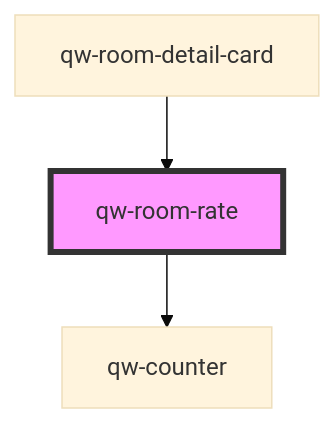
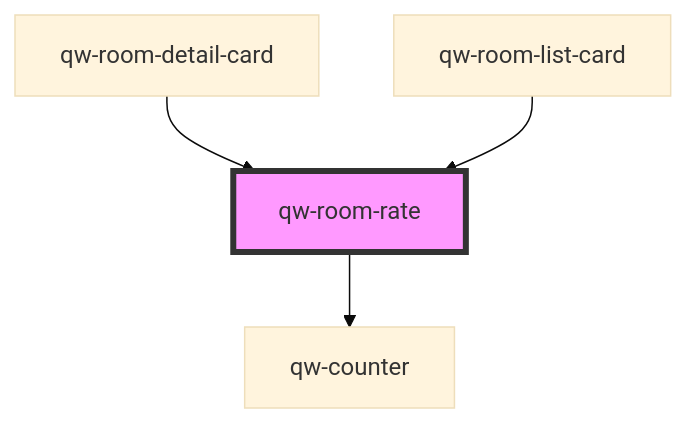
Before and after one commit to qwentes-team/qw-hotels: the diagram in src/components/qw-room-rate/readme.md, drawn with Mermaid (base theme). The commit also changed other lines of this file and 6 other files, not shown here.

````diff
--- a/src/components/qw-room-rate/readme.md
+++ b/src/components/qw-room-rate/readme.md
@@ -39,6 +40,7 @@
 ```mermaid
 graph TD;
   qw-room-rate --> qw-counter
   qw-room-detail-card --> qw-room-rate
+  qw-room-list-card --> qw-room-rate
   style qw-room-rate fill:#f9f,stroke:#333,stroke-width:4px
 ```
````
